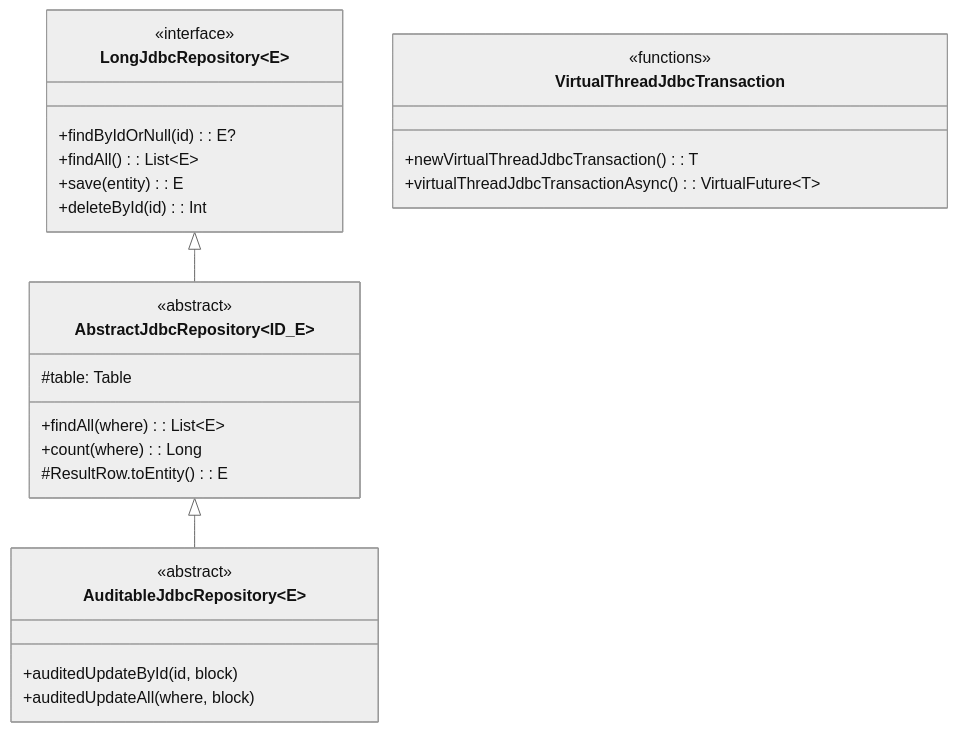
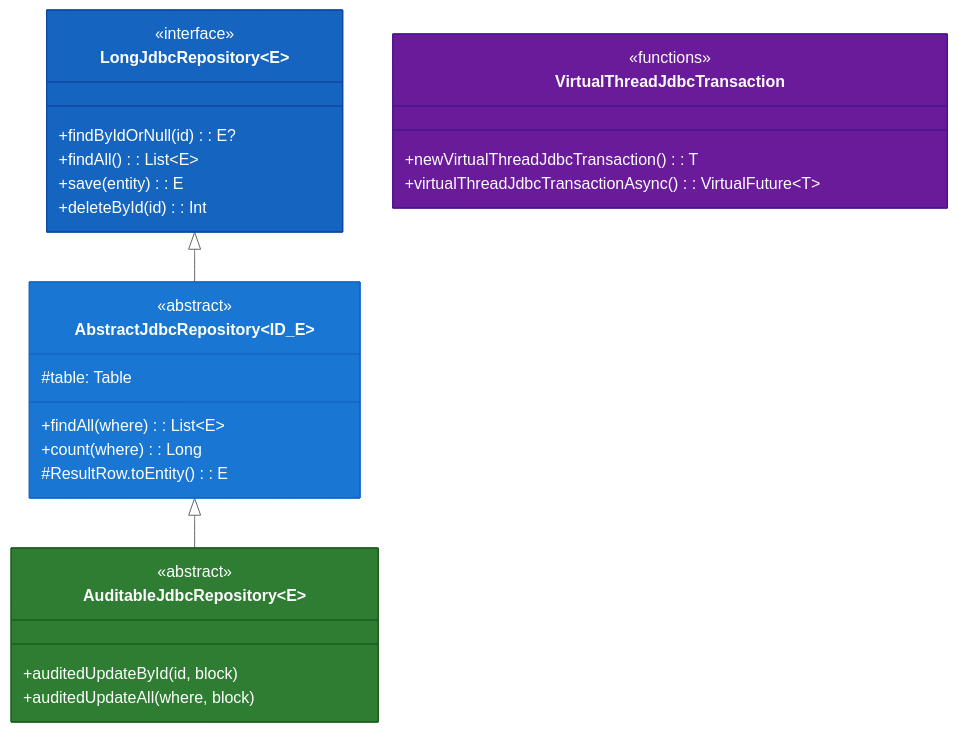
One commit to bluetape4k/bluetape4k-projects changed the first of 6 diagrams in data/exposed-jdbc/README.ko.md. Above: the diagram before and after it, drawn with Mermaid (neutral theme). The commit also changed other lines of this file and 221 other files, not shown here.

First line of the commit message:
docs: 전체 모듈 README UML 다이어그램 보강 및 색상 업그레이드

````diff
--- a/data/exposed-jdbc/README.ko.md
+++ b/data/exposed-jdbc/README.ko.md
@@ -398,32 +398,36 @@
 ```mermaid
 classDiagram
     direction TB
     class LongJdbcRepository~E~ {
         <<interface>>
         +findByIdOrNull(id): E?
         +findAll(): List~E~
         +save(entity): E
         +deleteById(id): Int
     }
     class AbstractJdbcRepository~ID_E~ {
         <<abstract>>
         #table: Table
         +findAll(where): List~E~
         +count(where): Long
         #ResultRow.toEntity(): E
     }
     class AuditableJdbcRepository~E~ {
         <<abstract>>
         +auditedUpdateById(id, block)
         +auditedUpdateAll(where, block)
     }
     class VirtualThreadJdbcTransaction {
         <<functions>>
         +newVirtualThreadJdbcTransaction(): T
         +virtualThreadJdbcTransactionAsync(): VirtualFuture~T~
     }
 
     LongJdbcRepository <|-- AbstractJdbcRepository
     AbstractJdbcRepository <|-- AuditableJdbcRepository
 
+    style LongJdbcRepository fill:#1565C0,stroke:#0D47A1,color:#FFFFFF
+    style AbstractJdbcRepository fill:#1976D2,stroke:#1565C0,color:#FFFFFF
+    style AuditableJdbcRepository fill:#2E7D32,stroke:#1B5E20,color:#FFFFFF
+    style VirtualThreadJdbcTransaction fill:#6A1B9A,stroke:#4A148C,color:#FFFFFF
 ```
````
